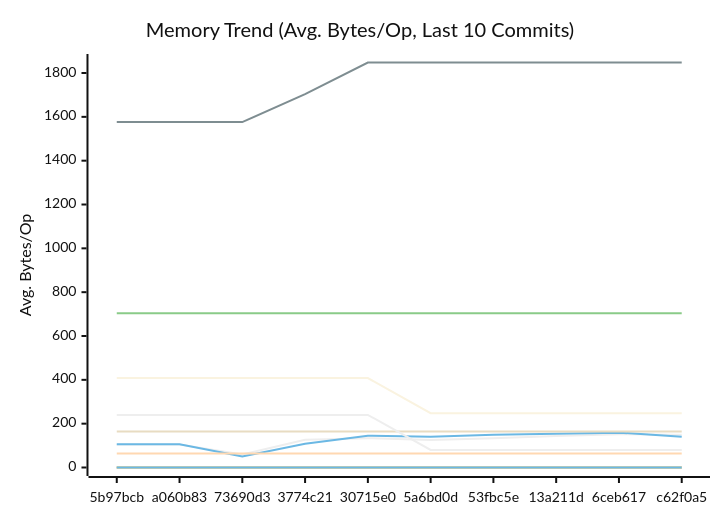
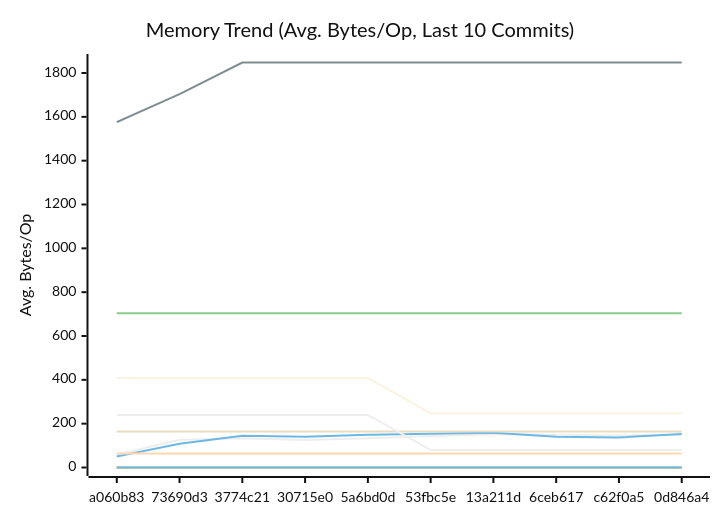
Before and after one commit to alsotoes/momo: the second of 3 diagrams in docs/PERFORMANCE.md, drawn with Mermaid (neutral theme). The commit also changed other lines of this file and 3 other files, not shown here.

````diff
--- a/docs/PERFORMANCE.md
+++ b/docs/PERFORMANCE.md
@@ -171,20 +171,20 @@
 ```mermaid
 xychart-beta
     title "Memory Trend (Avg. Bytes/Op, Last 10 Commits)"
     x-axis "Commit"
     y-axis "Avg. Bytes/Op"
-    x-axis [5b97bcb,a060b83,73690d3,3774c21,30715e0,5a6bd0d,53fbc5e,13a211d,6ceb617,c62f0a5]
-    line "AWSChunkedReaderSigned" [105,105,59,127,134,126,133,144,152,149]
-    line "AWSChunkedReaderUnsigned" [106,106,50,108,145,140,149,154,159,140]
+    x-axis [a060b83,73690d3,3774c21,30715e0,5a6bd0d,53fbc5e,13a211d,6ceb617,c62f0a5,0d846a4]
+    line "AWSChunkedReaderSigned" [59,127,134,126,133,144,152,149,146,148]
+    line "AWSChunkedReaderUnsigned" [50,108,145,140,149,154,159,140,137,153]
     line "CheckMetricsAndSwap" [0,0,0,0,0,0,0,0,0,0]
     line "CrushOptimized" [0,0,0,0,0,0,0,0,0,0]
     line "CrushOriginal" [164,164,164,164,164,164,164,164,164,164]
     line "IndexDirectTracking" [0,0,0,0,0,0,0,0,0,0]
     line "IndexSearch" [0,0,0,0,0,0,0,0,0,0]
-    line "LoadGlobalConfig" [1576,1576,1576,1704,1848,1848,1848,1848,1848,1848]
+    line "LoadGlobalConfig" [1576,1704,1848,1848,1848,1848,1848,1848,1848,1848]
     line "PadString" [64,64,64,64,64,64,64,64,64,64]
     line "ParseReplicationOrder_NoPrealloc" [408,408,408,408,408,248,248,248,248,248]
     line "ParseReplicationOrder_Prealloc" [240,240,240,240,240,80,80,80,80,80]
     line "SanitizeLog/Safe" [0,0,0,0,0,0,0,0,0,0]
     line "SanitizeLog/Unsafe" [704,704,704,704,704,704,704,704,704,704]
 ```
````
